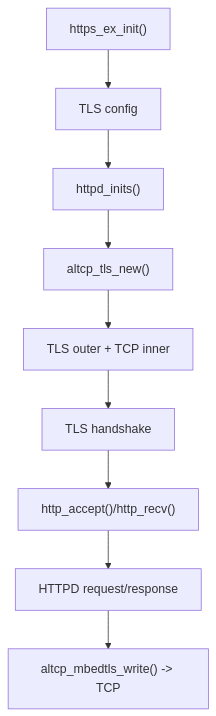
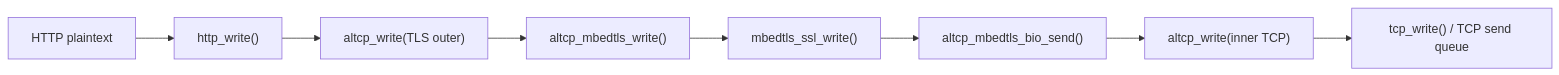
The seventh of 8 diagrams in docs/33-altcp-tls-https.md (wdfk-prog/lwIP-Source-Lab), drawn with Mermaid before and after one commit. The commit also changed other lines of this file and 49 other files, not shown here.

````diff
--- a/docs/33-altcp-tls-https.md
+++ b/docs/33-altcp-tls-https.md
@@ -229,11 +914,10 @@
 ```mermaid
-flowchart TD
-    A["https_ex_init()"] --> B["TLS config"]
-    B --> C["httpd_inits()"]
-    C --> D["altcp_tls_new()"]
-    D --> E["TLS outer + TCP inner"]
-    E --> F["TLS handshake"]
-    F --> G["http_accept()/http_recv()"]
-    G --> H["HTTPD request/response"]
-    H --> I["altcp_mbedtls_write() -> TCP"]
+flowchart LR
+    A["HTTP plaintext"] --> B["http_write()"]
+    B --> C["altcp_write(TLS outer)"]
+    C --> D["altcp_mbedtls_write()"]
+    D --> E["mbedtls_ssl_write()"]
+    E --> F["altcp_mbedtls_bio_send()"]
+    F --> G["altcp_write(inner TCP)"]
+    G --> H["tcp_write() / TCP send queue"]
 ```
````
